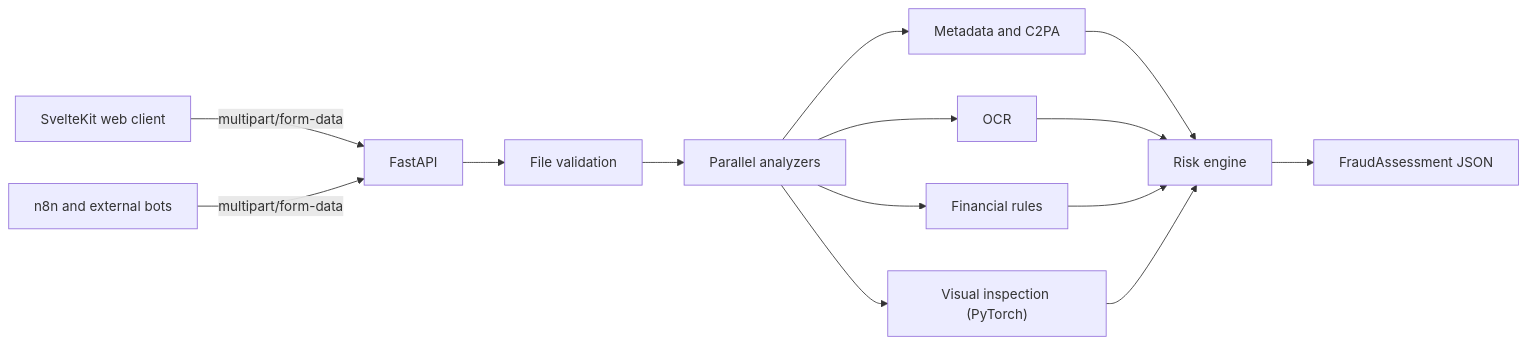
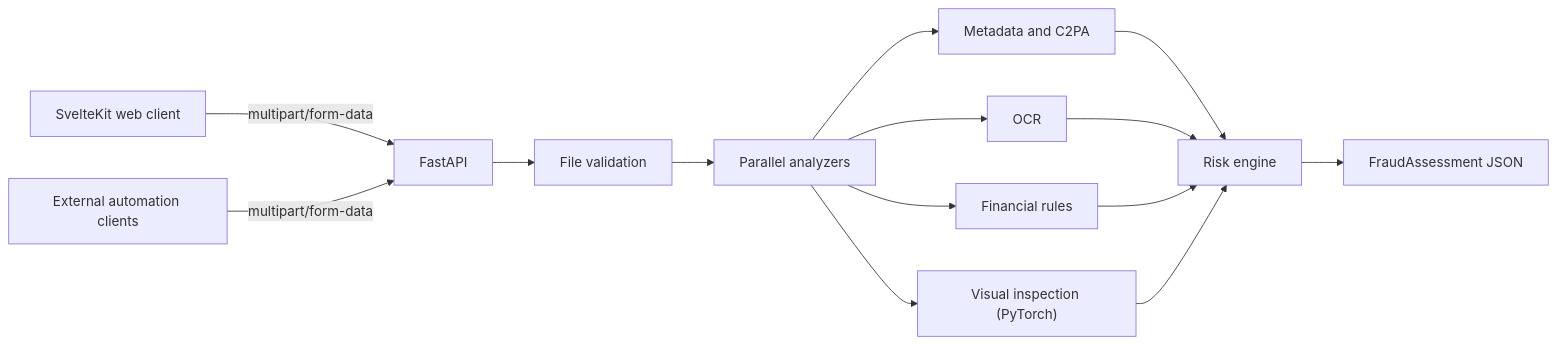
One commit to montesgp/receipt-risk-detector changed the diagram in README.md. Above: the diagram before and after it, drawn with Mermaid. The commit also changed other lines of this file and 10 other files, not shown here.

````diff
--- a/README.md
+++ b/README.md
@@ -51,16 +51,16 @@
 ```mermaid
 flowchart LR
     A["SvelteKit web client"] -->|"multipart/form-data"| B["FastAPI"]
-    H["n8n and external bots"] -->|"multipart/form-data"| B
+    H["External automation clients"] -->|"multipart/form-data"| B
     B --> C["File validation"]
     C --> D["Parallel analyzers"]
     D --> E["Metadata and C2PA"]
     D --> F["OCR"]
     D --> G["Financial rules"]
     D --> K["Visual inspection (PyTorch)"]
     E --> I["Risk engine"]
     F --> I
     G --> I
     K --> I
     I --> J["FraudAssessment JSON"]
 ```
````
